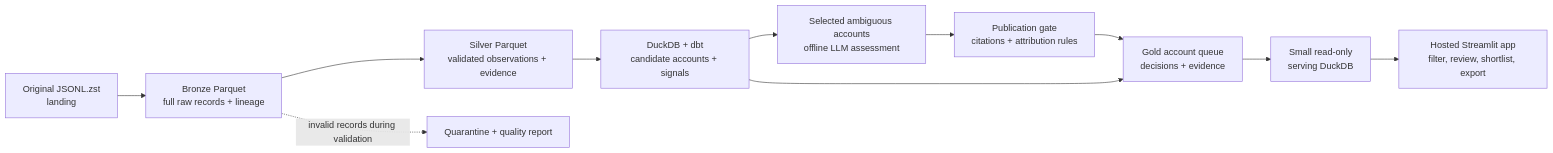
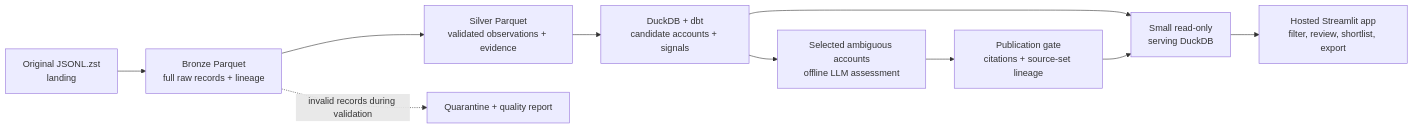
The diagram in docs/architecture.md (ronyabrah18/welook), drawn with Mermaid before and after one commit. The commit also changed other lines of this file and 20 other files, not shown here.

Commit message:
Verify incremental arrivals across gold and serving

````diff
--- a/docs/architecture.md
+++ b/docs/architecture.md
@@ -15,13 +15,12 @@
 ```mermaid
 flowchart LR
   L[Original JSONL.zst<br/>landing] --> B[Bronze Parquet<br/>full raw records + lineage]
   B --> S[Silver Parquet<br/>validated observations + evidence]
   S --> G[DuckDB + dbt<br/>candidate accounts + signals]
   G --> A[Selected ambiguous accounts<br/>offline LLM assessment]
-  A --> P[Publication gate<br/>citations + attribution rules]
-  P --> H[Gold account queue<br/>decisions + evidence]
-  G --> H
-  H --> D[Small read-only<br/>serving DuckDB]
+  A --> P[Publication gate<br/>citations + source-set lineage]
+  G --> D[Small read-only<br/>serving DuckDB]
+  P --> D
   D --> U[Hosted Streamlit app<br/>filter, review, shortlist, export]
   B -. invalid records during validation .-> Q[Quarantine + quality report]
 ```
````
